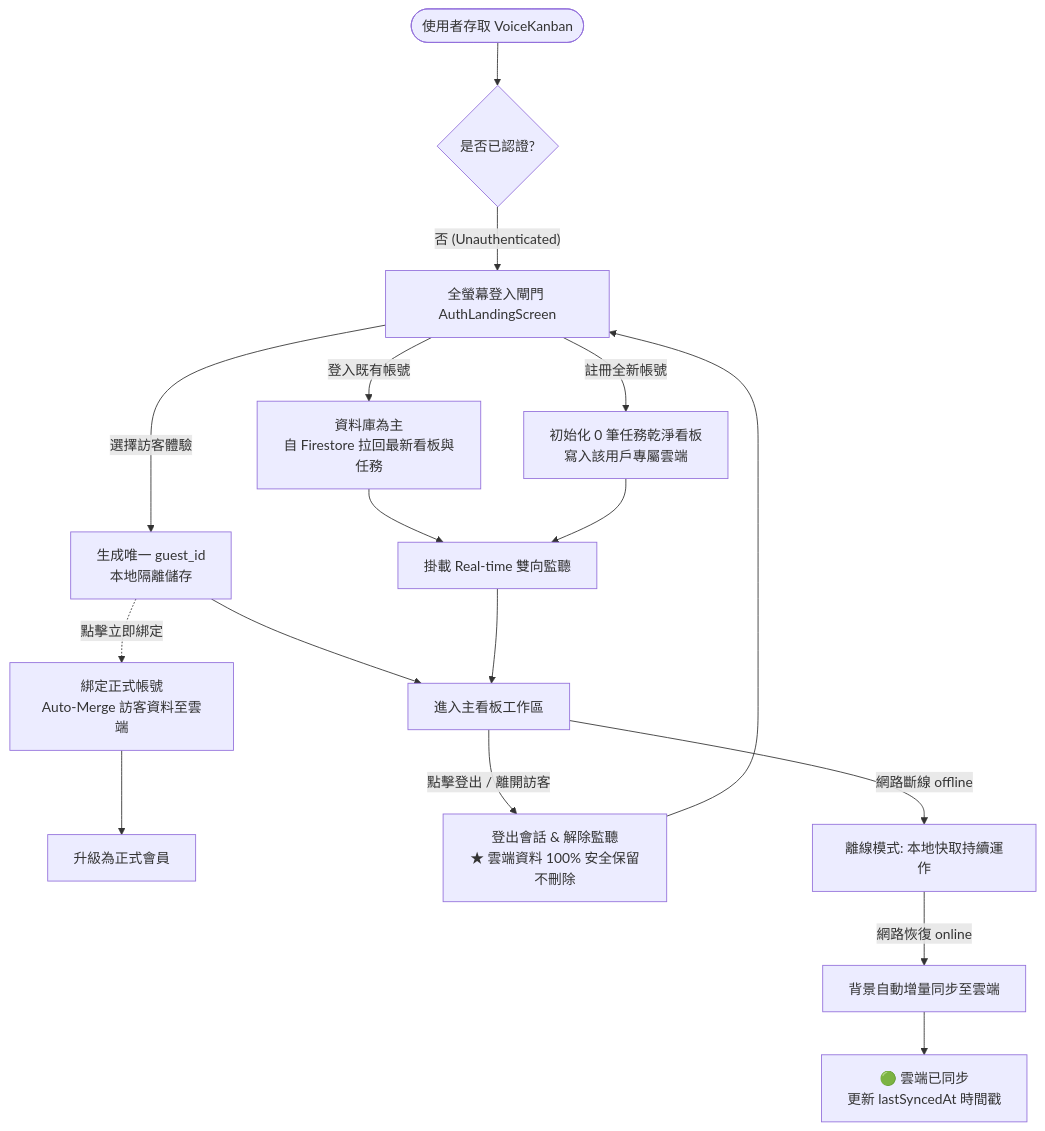
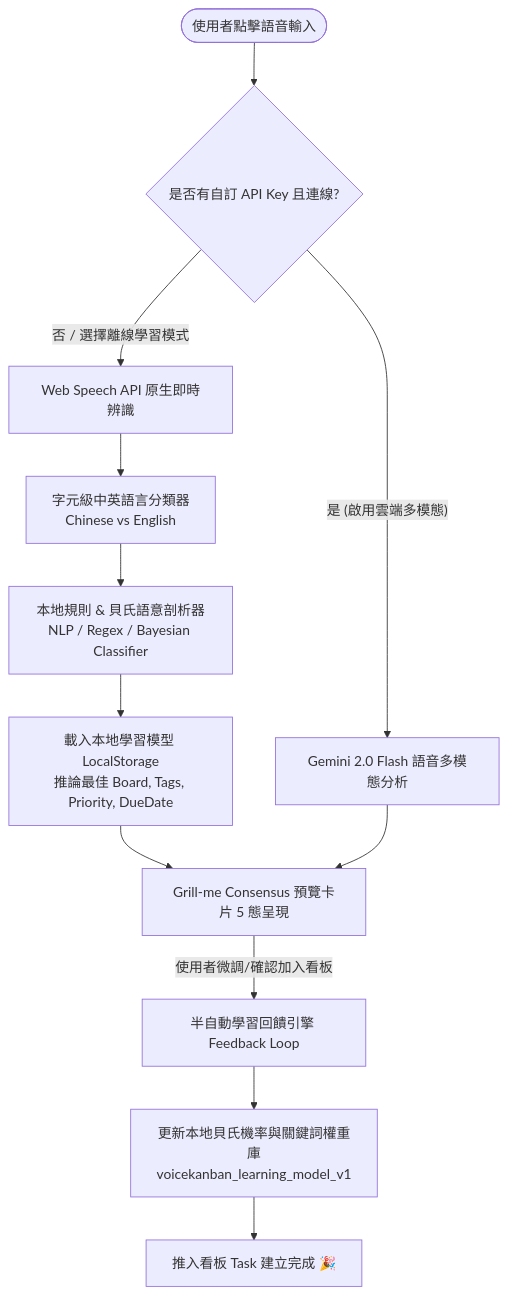
Before and after one commit to lincentHuang/VoiceKanban: the diagram in PRD.md, drawn with Mermaid. The commit also changed other lines of this file and 10 other files, not shown here.

Commit message:
feat: integrate Web Speech API and local NLP engine for offline voice command processing

````diff
--- a/PRD.md
+++ b/PRD.md
@@ -12,23 +15,20 @@
 ```mermaid
 flowchart TD
-    Start([使用者存取 VoiceKanban]) --> CheckAuth{是否已認證?}
+    Start([使用者點擊語音輸入]) --> ModeCheck{是否有自訂 API Key 且連線?}
     
-    %% 未認證 -> 登入閘門
-    CheckAuth -- 否 (Unauthenticated) --> Gatekeeper[全螢幕登入閘門 AuthLandingScreen]
+    %% 離線/本地學習路徑
+    ModeCheck -- 否 / 選擇離線學習模式 --> WebSpeech[Web Speech API 原生即時辨識]
+    WebSpeech --> LangClassify[字元級中英語言分類器<br/>Chinese vs English]
+    LangClassify --> LocalNLP[本地規則 & 貝氏語意剖析器<br/>NLP / Regex / Bayesian Classifier]
+    LocalNLP --> LearnInference[載入本地學習模型 LocalStorage<br/>推論最佳 Board, Tags, Priority, DueDate]
+    LearnInference --> PreviewCard[Grill-me Consensus 預覽卡片 5 態呈現]
     
-    %% 訪客路徑
-    Gatekeeper -- 選擇訪客體驗 --> GuestFlow[生成唯一 guest_id<br/>本地隔離儲存]
-    GuestFlow --> BoardView[進入主看板工作區]
-    GuestFlow -. 點擊立即綁定 .-> BindModal[綁定正式帳號<br/>Auto-Merge 訪客資料至雲端] --> MemberState[升級為正式會員]
+    %% 使用者確認與半自動反饋學習
+    PreviewCard -- 使用者微調/確認加入看板 --> FeedbackLoop[半自動學習回饋引擎 Feedback Loop]
+    FeedbackLoop --> UpdateModel[更新本地貝氏機率與關鍵詞權重庫<br/>voicekanban_learning_model_v1]
+    UpdateModel --> PushTask[推入看板 Task 建立完成 🎉]
     
-    %% 登入 / 註冊路徑
-    Gatekeeper -- 登入既有帳號 --> FetchCloud[資料庫為主<br/>自 Firestore 拉回最新看板與任務] --> AttachListener[掛載 Real-time 雙向監聽] --> BoardView
-    Gatekeeper -- 註冊全新帳號 --> InitClean[初始化 0 筆任務乾淨看板<br/>寫入該用戶專屬雲端] --> AttachListener
-    
-    %% 登出路徑
-    BoardView -- 點擊登出 / 離開訪客 --> LogoutFlow[登出會話 & 解除監聽<br/>★ 雲端資料 100% 安全保留不刪除] --> Gatekeeper
-    
-    %% 離線與連線
-    BoardView -- 網路斷線 offline --> OfflineMode[離線模式: 本地快取持續運作]
-    OfflineMode -- 網路恢復 online --> AutoSync[背景自動增量同步至雲端] --> SyncedState[🟢 雲端已同步<br/>更新 lastSyncedAt 時間戳]
+    %% 雲端 AI 模式
+    ModeCheck -- 是 (啟用雲端多模態) --> GeminiAPI[Gemini 2.0 Flash 語音多模態分析]
+    GeminiAPI --> PreviewCard
 ```
````
